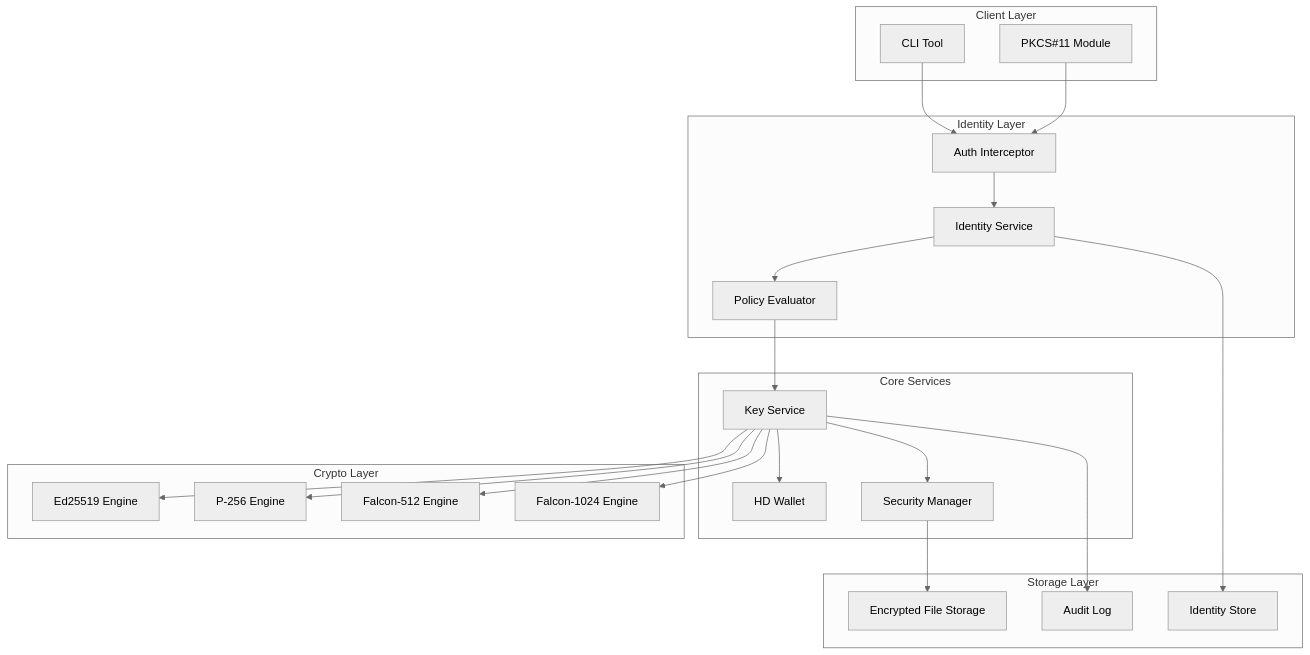
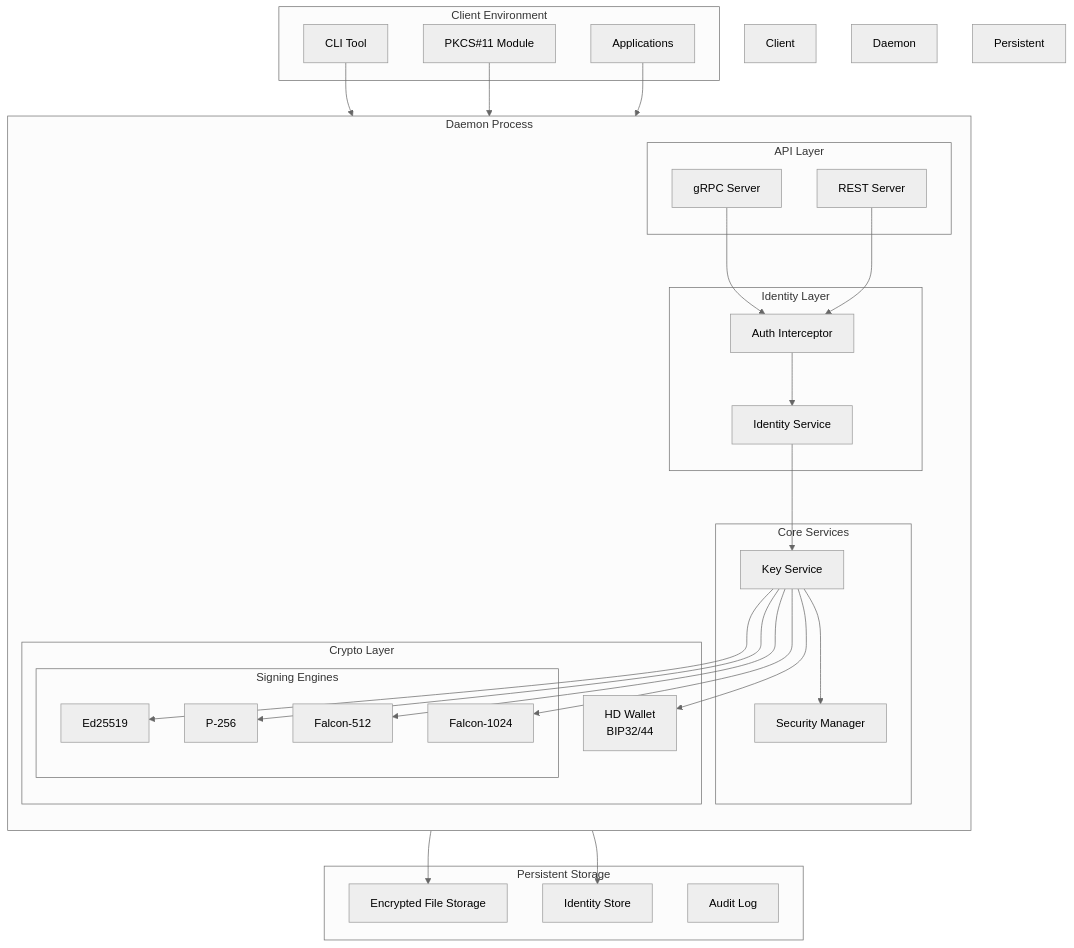
The first of 5 diagrams in docs/ARCHITECTURE.md (ehanoc/softKMS), drawn with Mermaid (neutral theme) before and after one commit. The commit also changed other lines of this file and 2 other files, not shown here.

Commit message:
chore: delete unused imports of old mods docs: improve diagrams

````diff
--- a/docs/ARCHITECTURE.md
+++ b/docs/ARCHITECTURE.md
@@ -18,47 +20,63 @@
 ```mermaid
 flowchart TB
-    subgraph "Client Layer"
+    subgraph "Client Environment"
         CLI[CLI Tool]
         PKCS[PKCS#11 Module]
+        APP[Applications]
     end
     
-    subgraph "Identity Layer"
-        AUTH[Auth Interceptor]
-        ID[Identity Service]
-        POL[Policy Evaluator]
+    subgraph "Daemon Process"
+        direction TB
+        
+        subgraph "API Layer"
+            GRPC[gRPC Server]
+            REST[REST Server]
+        end
+        
+        subgraph "Identity Layer"
+            AUTH[Auth Interceptor]
+            ID[Identity Service]
+        end
+        
+        subgraph "Core Services"
+            KS[Key Service]
+            SEC[Security Manager]
+        end
+        
+        subgraph "Crypto Layer"
+            subgraph "Signing Engines"
+                ED[Ed25519]
+                P256[P-256]
+                F512[Falcon-512]
+                F1024[Falcon-1024]
+            end
+            HD[HD Wallet<br/>BIP32/44]
+        end
     end
     
-    subgraph "Core Services"
-        KS[Key Service]
-        SEC[Security Manager]
-        HD[HD Wallet]
-    end
-    
-    subgraph "Crypto Layer"
-        ED[Ed25519 Engine]
-        P256[P-256 Engine]
-        F512[Falcon-512 Engine]
-        F1024[Falcon-1024 Engine]
-    end
-    
-    subgraph "Storage Layer"
+    subgraph "Persistent Storage"
         FS[Encrypted File Storage]
         IDSTORE[Identity Store]
         AUDIT[Audit Log]
     end
     
-    CLI --> AUTH
-    PKCS --> AUTH
+    CLI --> GRPC
+    PKCS --> REST
+    APP --> REST
+    GRPC --> AUTH
+    REST --> AUTH
     AUTH --> ID
-    ID --> POL
-    POL --> KS
+    ID --> KS
     KS --> ED
     KS --> P256
     KS --> F512
     KS --> F1024
     KS --> HD
     KS --> SEC
     SEC --> FS
     ID --> IDSTORE
-    KS --> AUDIT
+    
+    style Client Environment fill:#ffcccc
+    style Daemon Process fill:#ccffcc
+    style Persistent Storage fill:#ffffcc
 ```
````
